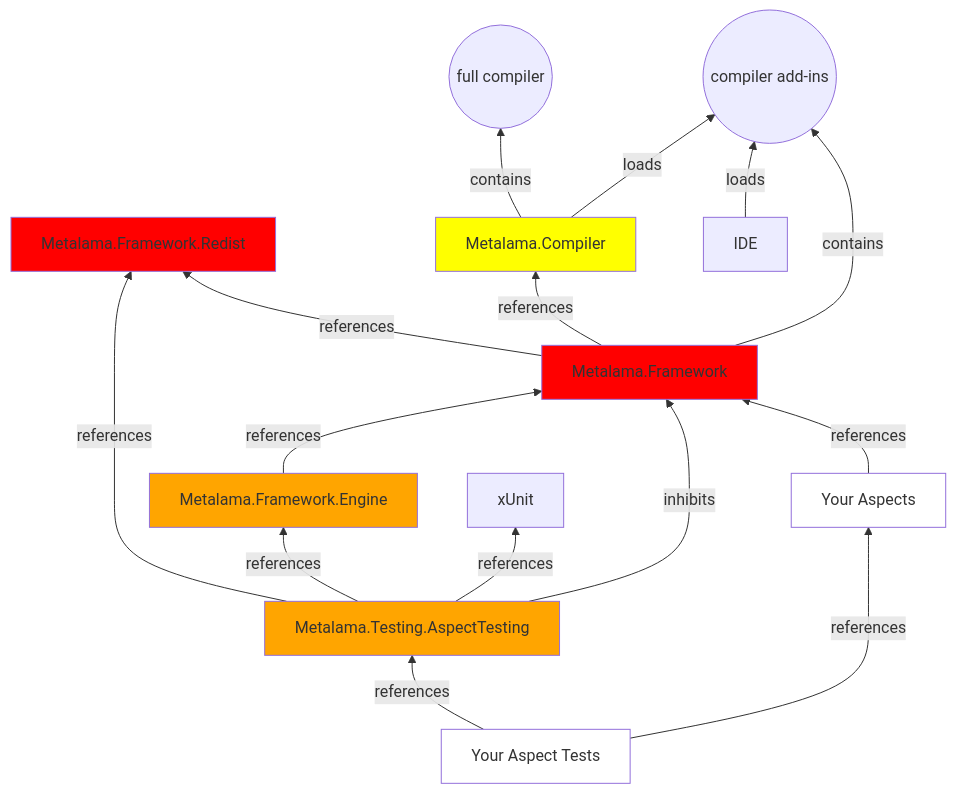
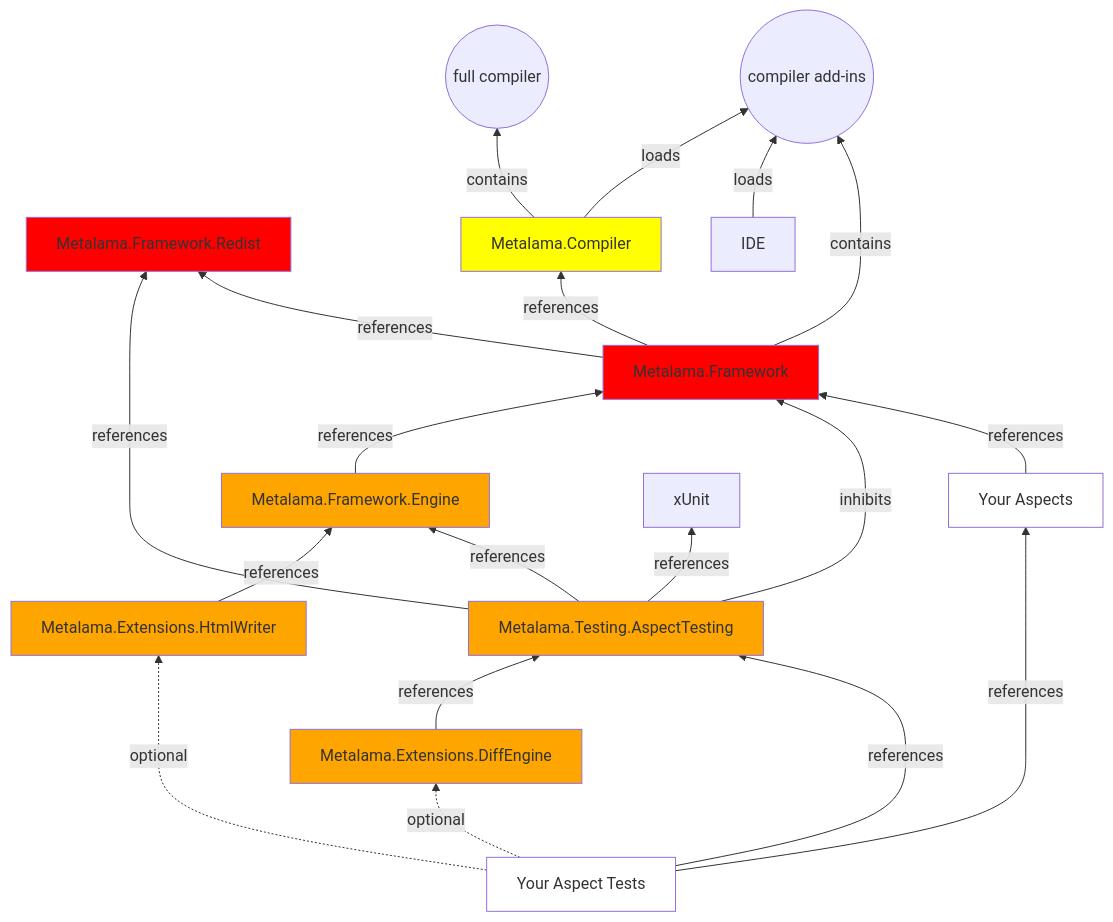
Before and after one commit to metalama/Metalama.Documentation: the second of 4 diagrams in content/conceptual/configuration/packages.md, drawn with Mermaid. The commit also changed other lines of this file and 2 other files, not shown here.

Commit message:
Document HtmlWriter and DiffEngine extension packages (#241)

````diff
--- a/content/conceptual/configuration/packages.md
+++ b/content/conceptual/configuration/packages.md
@@ -59,47 +61,53 @@
 ```mermaid
 graph BT
     YourCode -- references --> Metalama.Framework
     YourTests -- references --> YourCode
     Metalama.Framework -- references --> Metalama.Framework.Redist
     Metalama.Framework -- references-->  Metalama.Compiler
     Metalama.Framework -- contains --> analyzers((compiler add-ins))
     Metalama.Testing.AspectTesting -- references --> Metalama.Framework.Redist
     Metalama.Testing.AspectTesting -- inhibits --> Metalama.Framework
     Metalama.Testing.AspectTesting -- references--> Metalama.Framework.Engine
     Metalama.Testing.AspectTesting -- references--> xUnit
     Metalama.Framework.Engine -- references --> Metalama.Framework
     YourTests -- references --> Metalama.Testing.AspectTesting
+    YourTests -. optional .-> Metalama.Extensions.HtmlWriter
+    YourTests -. optional .-> Metalama.Extensions.DiffEngine
+    Metalama.Extensions.HtmlWriter -- references --> Metalama.Framework.Engine
+    Metalama.Extensions.DiffEngine -- references --> Metalama.Testing.AspectTesting
     IDE -- loads --> analyzers
     Metalama.Compiler -- loads --> analyzers
 
     YourCode[Your Aspects]
     YourTests[Your Aspect Tests]
 
     Metalama.Compiler -- contains --> compiler((full compiler))
 
     classDef testing fill:orange;
     class Metalama.Testing.AspectTesting testing;
     class Metalama.Framework.Engine testing;
     class Metalama.Framework.Introspection testing;
     class Metalama.Framework.Workspaces testing;
     class Metalama.LinqPad testing;
+    class Metalama.Extensions.HtmlWriter testing;
+    class Metalama.Extensions.DiffEngine testing;
 
     classDef compileTime fill:yellow;
     class Metalama.Compiler compileTime;
     class Metalama.Compiler.Sdk compileTime;
     class Metalama.Framework.Sdk compileTime;
 
     classDef runTime fill:lightgreen;
     class Metalama.Framework.Redist runTime;
 
     classDef userCode fill:white;
     class YourCode userCode;
     class YourTests userCode;
     class LinqPad userCode;
 
     classDef framework fill:red;
     class Metalama.Framework.Redist framework;
     class Metalama.Framework framework;
 
 
 ```
````
